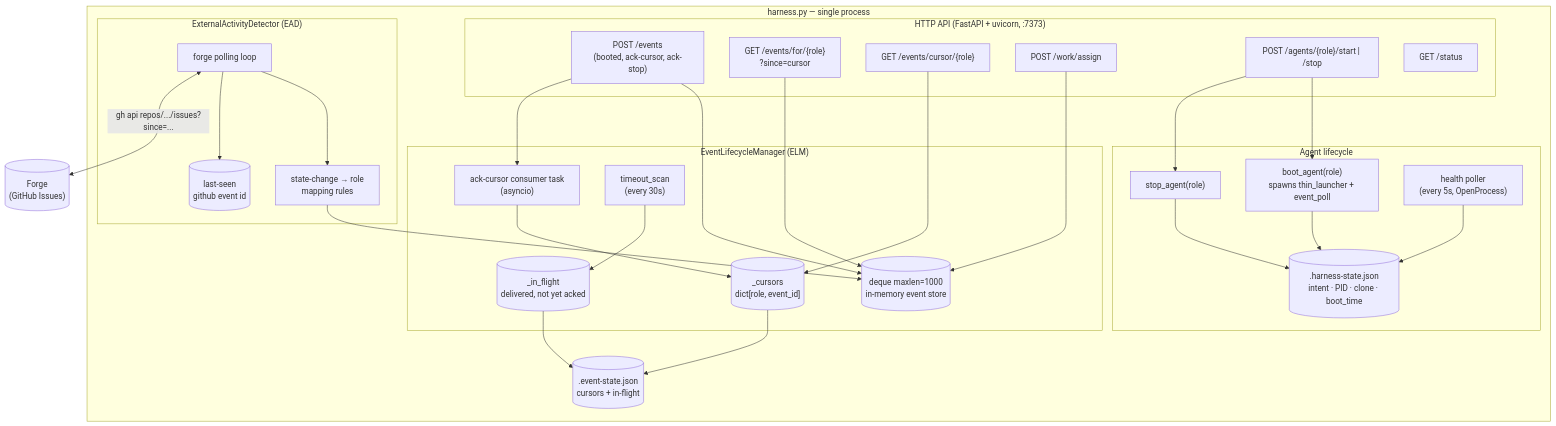
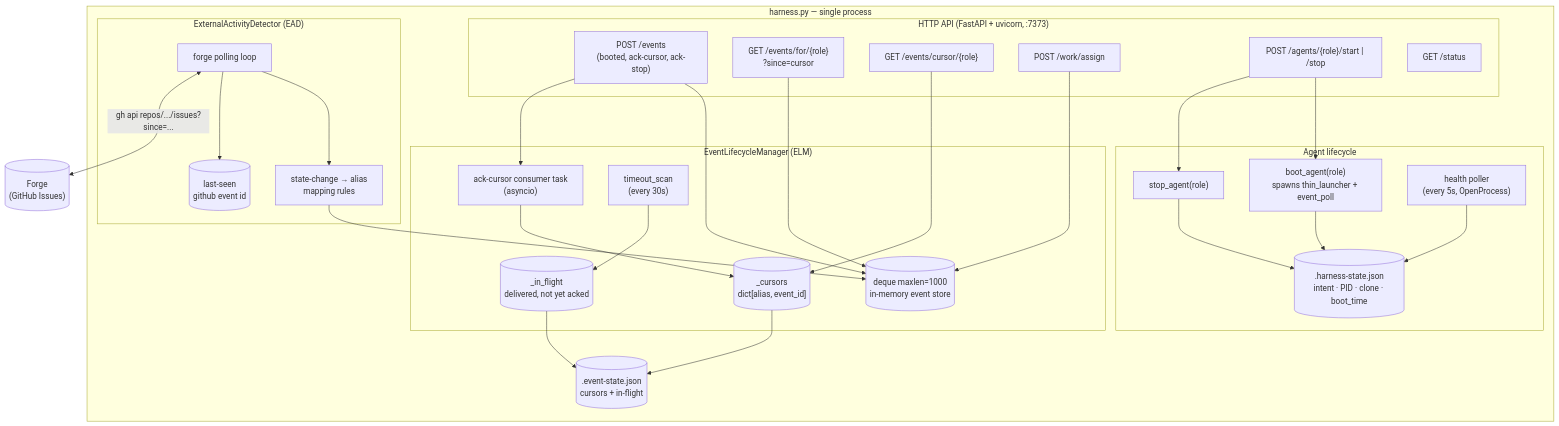
Before and after one commit to WallyDoodlez/SquidSquad: the fifth of 16 diagrams in docs/AGENT-RUNTIME.md, drawn with Mermaid. The commit also changed other lines of this file and 15 other files, not shown here.

````diff
--- a/docs/AGENT-RUNTIME.md
+++ b/docs/AGENT-RUNTIME.md
@@ -279,60 +279,60 @@
 ```mermaid
 flowchart TB
     subgraph harness_proc["harness.py — single process"]
         subgraph http["HTTP API (FastAPI + uvicorn, :7373)"]
             EmitEP["POST /events<br/>(booted, ack-cursor, ack-stop)"]
             ReadEP["GET /events/for/{role}<br/>?since=cursor"]
             CursorEP["GET /events/cursor/{role}"]
             AssignEP["POST /work/assign"]
             LifeEP["POST /agents/{role}/start | /stop"]
             StatusEP["GET /status"]
         end
 
         subgraph elm["EventLifecycleManager (ELM)"]
             Deque[("deque maxlen=1000<br/>in-memory event store")]
-            Cursors[("_cursors<br/>dict[role, event_id]")]
+            Cursors[("_cursors<br/>dict[alias, event_id]")]
             InFlight[("_in_flight<br/>delivered, not yet acked")]
             AckConsumer["ack-cursor consumer task<br/>(asyncio)"]
             Timeout["timeout_scan<br/>(every 30s)"]
         end
 
         subgraph ead_sub["ExternalActivityDetector (EAD)"]
             EAPoll["forge polling loop"]
-            EAMap["state-change → role<br/>mapping rules"]
+            EAMap["state-change → alias<br/>mapping rules"]
             EALast[("last-seen<br/>github event id")]
         end
 
         subgraph lifecycle["Agent lifecycle"]
             BootAgent["boot_agent(role)<br/>spawns thin_launcher + event_poll"]
             StopAgent["stop_agent(role)"]
             HealthPoll["health poller<br/>(every 5s, OpenProcess)"]
             LifeState[(".harness-state.json<br/>intent · PID · clone · boot_time")]
         end
 
         EventStateFile[(".event-state.json<br/>cursors + in-flight")]
     end
 
     EmitEP --> Deque
     EmitEP --> AckConsumer
     ReadEP --> Deque
     CursorEP --> Cursors
     AssignEP --> Deque
 
     AckConsumer --> Cursors
     Cursors --> EventStateFile
     InFlight --> EventStateFile
     Timeout --> InFlight
 
     LifeEP --> BootAgent
     LifeEP --> StopAgent
     BootAgent --> LifeState
     StopAgent --> LifeState
     HealthPoll --> LifeState
 
     EAPoll --> EAMap
     EAMap --> Deque
     EAPoll --> EALast
 
     Forge[("Forge<br/>(GitHub Issues)")]
     EAPoll <-- "gh api repos/.../issues?since=..." --> Forge
 ```
````
